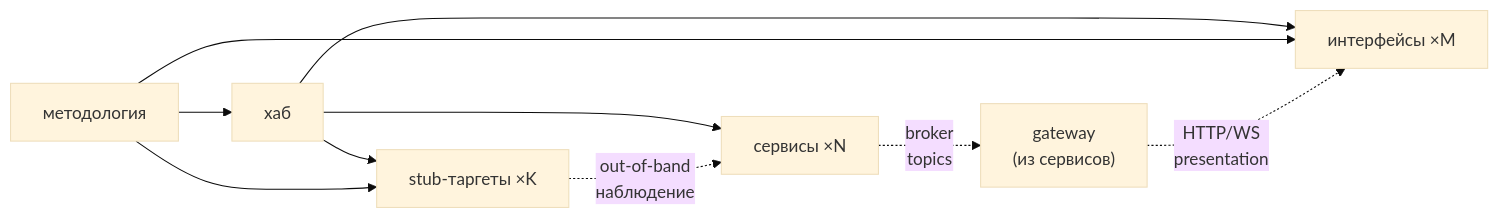
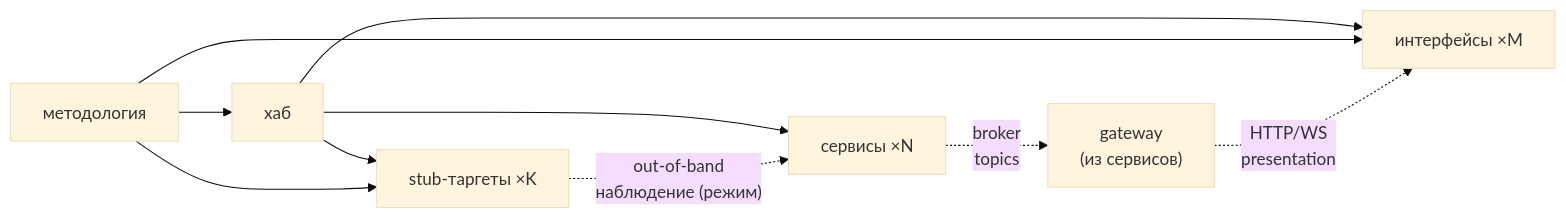
Before and after one commit to TheCipherKeeper/ai-project-template: the diagram in docs/refs/TOPOLOGY.md, drawn with Mermaid (base theme). The commit also changed other lines of this file and 10 other files, not shown here.

First line of the commit message:
docs(stub): reframe stub-таргет as standalone-программа; out-of-band as режим (#19)

````diff
--- a/docs/refs/TOPOLOGY.md
+++ b/docs/refs/TOPOLOGY.md
@@ -64,12 +68,12 @@
 ```mermaid
 graph LR
   M["методология"] --> H["хаб"]
   H --> S["сервисы ×N"]
   H --> I["интерфейсы ×M"]
   H --> T["stub-таргеты ×K"]
   M --> I
   M --> T
   S -. "broker<br/>topics" .-> G["gateway<br/>(из сервисов)"]
   G -. "HTTP/WS<br/>presentation" .-> I
-  T -. "out-of-band<br/>наблюдение" .-> S
+  T -. "out-of-band<br/>наблюдение (режим)" .-> S
 ```
````
